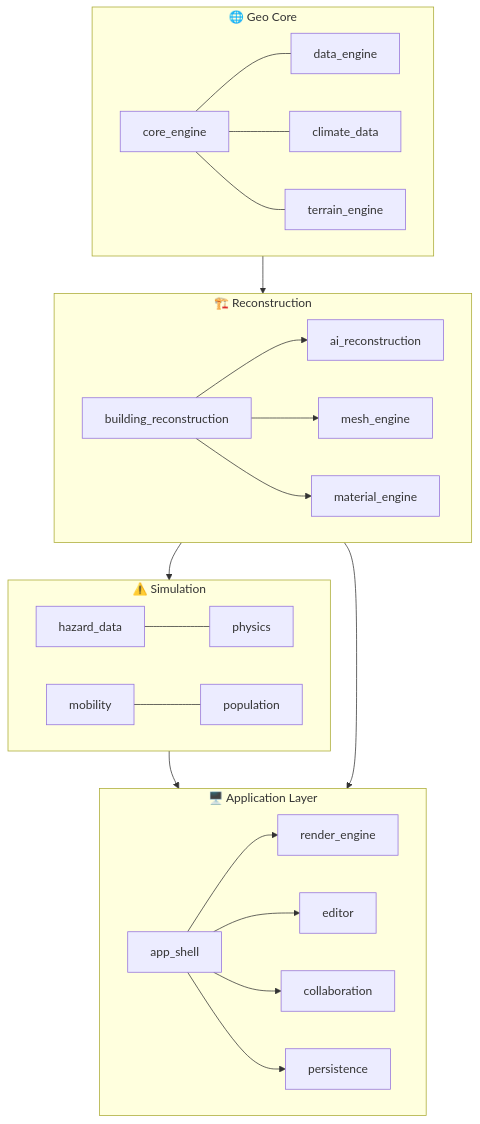
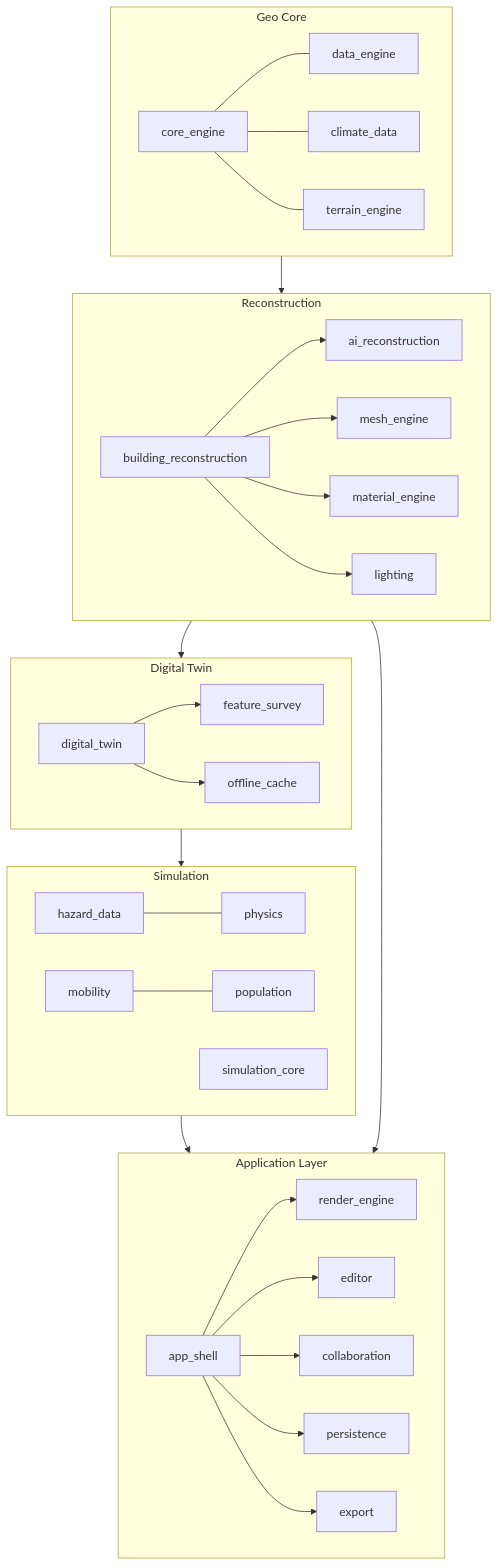
Before and after one commit to kaandevs-ops/geospatial-digital-twin: the diagram in README.md, drawn with Mermaid. The commit also changed other lines of this file, not shown here.

````diff
--- a/README.md
+++ b/README.md
@@ -110,31 +58,40 @@
 ```mermaid
 flowchart TB
-    subgraph Core["🌐 Geo Core"]
+    subgraph Core["Geo Core"]
         A[core_engine] --- B[data_engine]
         A --- C[climate_data]
         A --- D[terrain_engine]
     end
 
-    subgraph Recon["🏗️ Reconstruction"]
+    subgraph Recon["Reconstruction"]
         E[building_reconstruction] --> F[ai_reconstruction]
         E --> G[mesh_engine]
         E --> H[material_engine]
+        E --> IL[lighting]
     end
 
-    subgraph Sim["⚠️ Simulation"]
+    subgraph Twin["Digital Twin"]
+        DT[digital_twin] --> FS[feature_survey]
+        DT --> OC[offline_cache]
+    end
+
+    subgraph Sim["Simulation"]
         I[hazard_data] --- J[physics]
         K[mobility] --- L[population]
+        SC[simulation_core]
     end
 
-    subgraph App["🖥️ Application Layer"]
+    subgraph App["Application Layer"]
         M[app_shell] --> N[render_engine]
         M --> O[editor]
         M --> P[collaboration]
         M --> Q[persistence]
+        M --> EX[export]
     end
 
     Core --> Recon
-    Recon --> Sim
+    Recon --> Twin
+    Twin --> Sim
     Sim --> App
     Recon --> App
 ```
````
